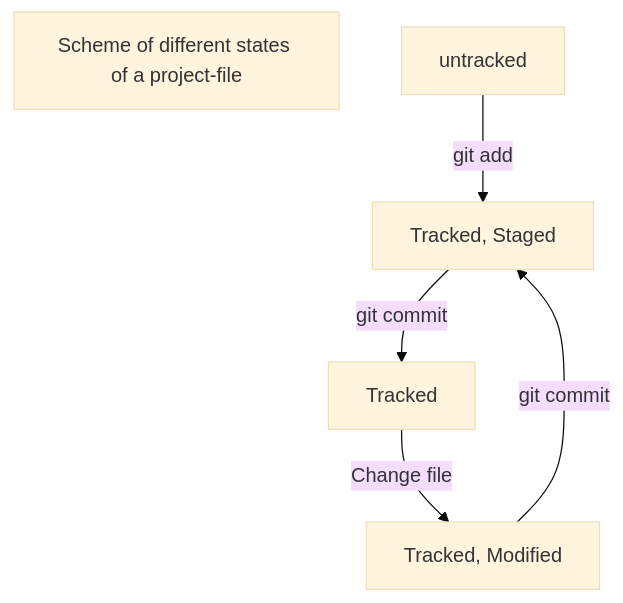
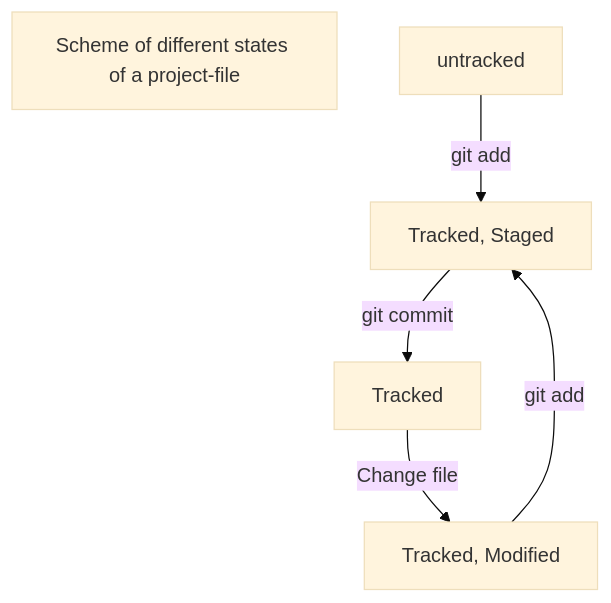
Before and after one commit to Skypan322/Git_Tutorial: the diagram in example_mermaid_scheme.md, drawn with Mermaid (base theme).

Commit message:
Изменить git commit на git add между состояниями Modified и Staged в mermaid-scheme

````diff
--- a/example_mermaid_scheme.md
+++ b/example_mermaid_scheme.md
@@ -5,10 +5,10 @@
 ```mermaid
 %% Это пример, как должна выглядеть схема
 flowchart TD;
 	start[Scheme of different states of a project-file]
 	A[untracked] -- git add --> B[Tracked, Staged];
 	B -- git commit --> C[Tracked];
 	C -- Change file --> D[Tracked, Modified];
-	D -- git commit --> B;
+	D -- git add --> B;
 
 ```
````
